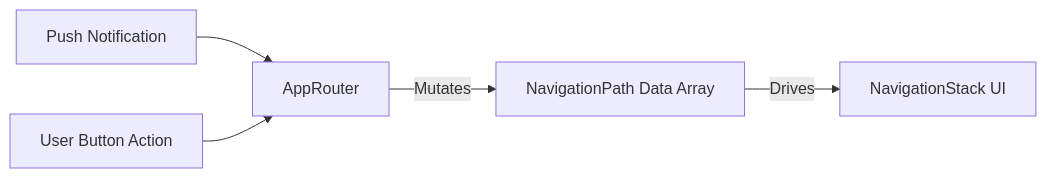
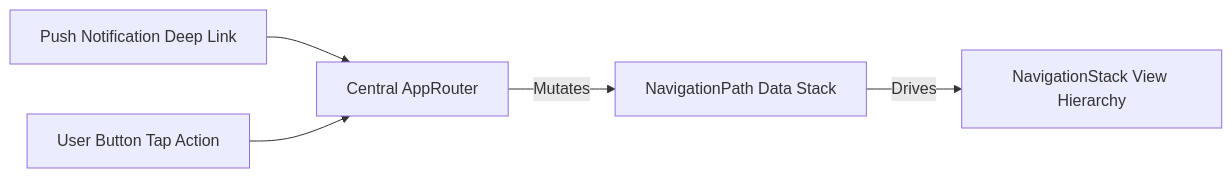
The fifth of 10 diagrams in iOS_Tech_Lead_Prep_Master_Guide.md (vineetsansare/iOSInterviewQnA), drawn with Mermaid before and after one commit. The commit also changed other lines of this file and 1 other file, not shown here.

Commit message:
fix: sanitize organization references and fix all Mermaid diagram syntax errors

````diff
--- a/iOS_Tech_Lead_Prep_Master_Guide.md
+++ b/iOS_Tech_Lead_Prep_Master_Guide.md
@@ -209,7 +210,7 @@
 ```mermaid
 flowchart LR
-    A[Push Notification] --> B[AppRouter]
-    C[User Button Action] --> B
-    B --> |Mutates| D[NavigationPath Data Array]
-    D --> |Drives| E[NavigationStack UI]
+    A["Push Notification Deep Link"] --> B["Central AppRouter"]
+    C["User Button Tap Action"] --> B
+    B -->|"Mutates"| D["NavigationPath Data Stack"]
+    D -->|"Drives"| E["NavigationStack View Hierarchy"]
 ```
````
